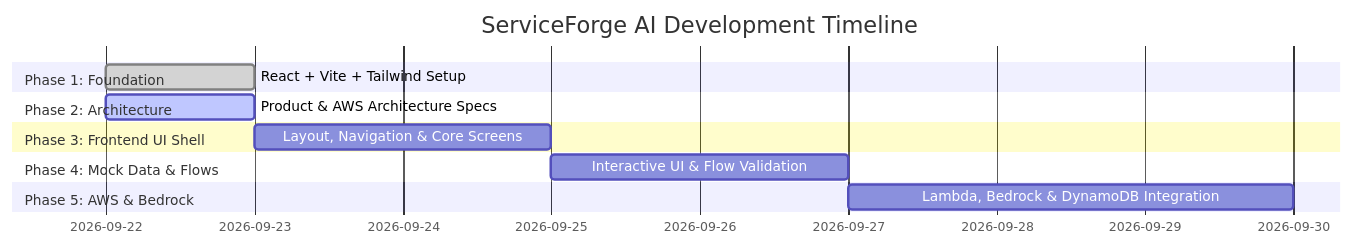
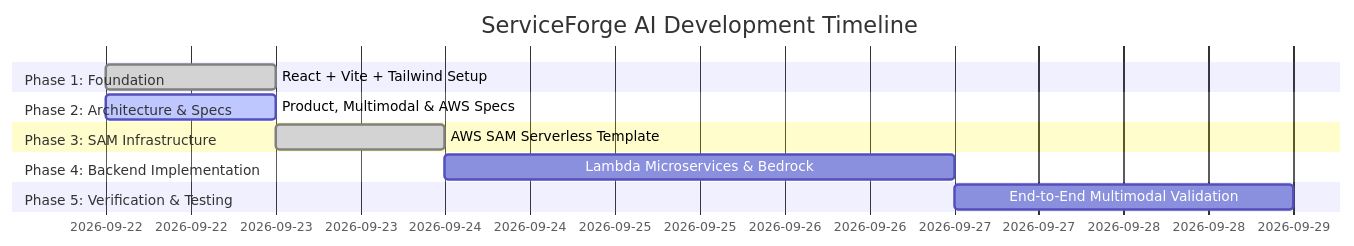
One commit to Devanandfarkade/ServiceForge-AI changed the fourth of 4 diagrams in docs/ARCHITECTURE.md. Above: the diagram before and after it, drawn with Mermaid. The commit also changed other lines of this file and 44 other files, not shown here.

Commit message:
feat: complete backend and multimodal service workflow

````diff
--- a/docs/ARCHITECTURE.md
+++ b/docs/ARCHITECTURE.md
@@ -165,15 +206,15 @@
 ```mermaid
 gantt
     title ServiceForge AI Development Timeline
     dateFormat  YYYY-MM-DD
     section Phase 1: Foundation
     React + Vite + Tailwind Setup       :done, p1, 2026-09-22, 1d
-    section Phase 2: Architecture
-    Product & AWS Architecture Specs   :active, p2, 2026-09-22, 1d
-    section Phase 3: Frontend UI Shell
-    Layout, Navigation & Core Screens  :p3, 2026-09-23, 2d
-    section Phase 4: Mock Data & Flows
-    Interactive UI & Flow Validation   :p4, 2026-09-25, 2d
-    section Phase 5: AWS & Bedrock
-    Lambda, Bedrock & DynamoDB Integration :p5, 2026-09-27, 3d
+    section Phase 2: Architecture & Specs
+    Product, Multimodal & AWS Specs    :active, p2, 2026-09-22, 1d
+    section Phase 3: SAM Infrastructure
+    AWS SAM Serverless Template         :done, p3, 2026-09-23, 1d
+    section Phase 4: Backend Implementation
+    Lambda Microservices & Bedrock      :p4, 2026-09-24, 3d
+    section Phase 5: Verification & Testing
+    End-to-End Multimodal Validation   :p5, 2026-09-27, 2d
 ```
````
